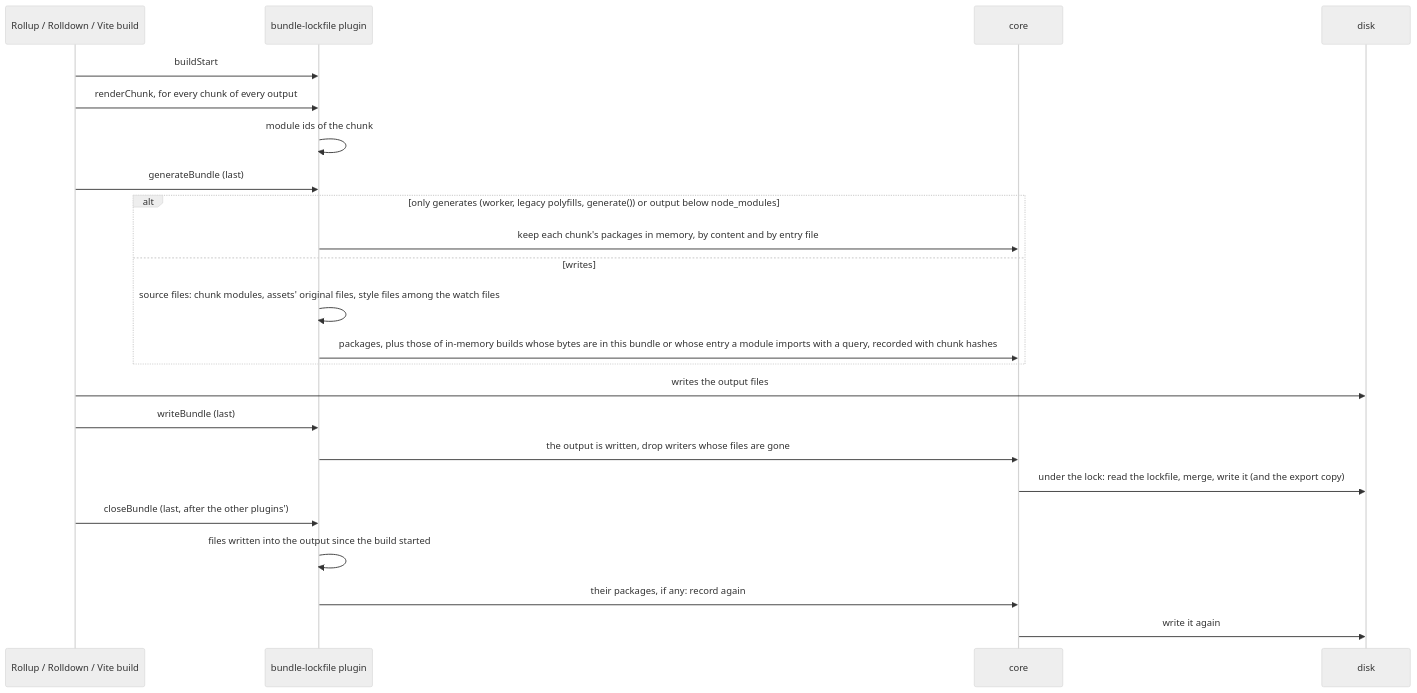
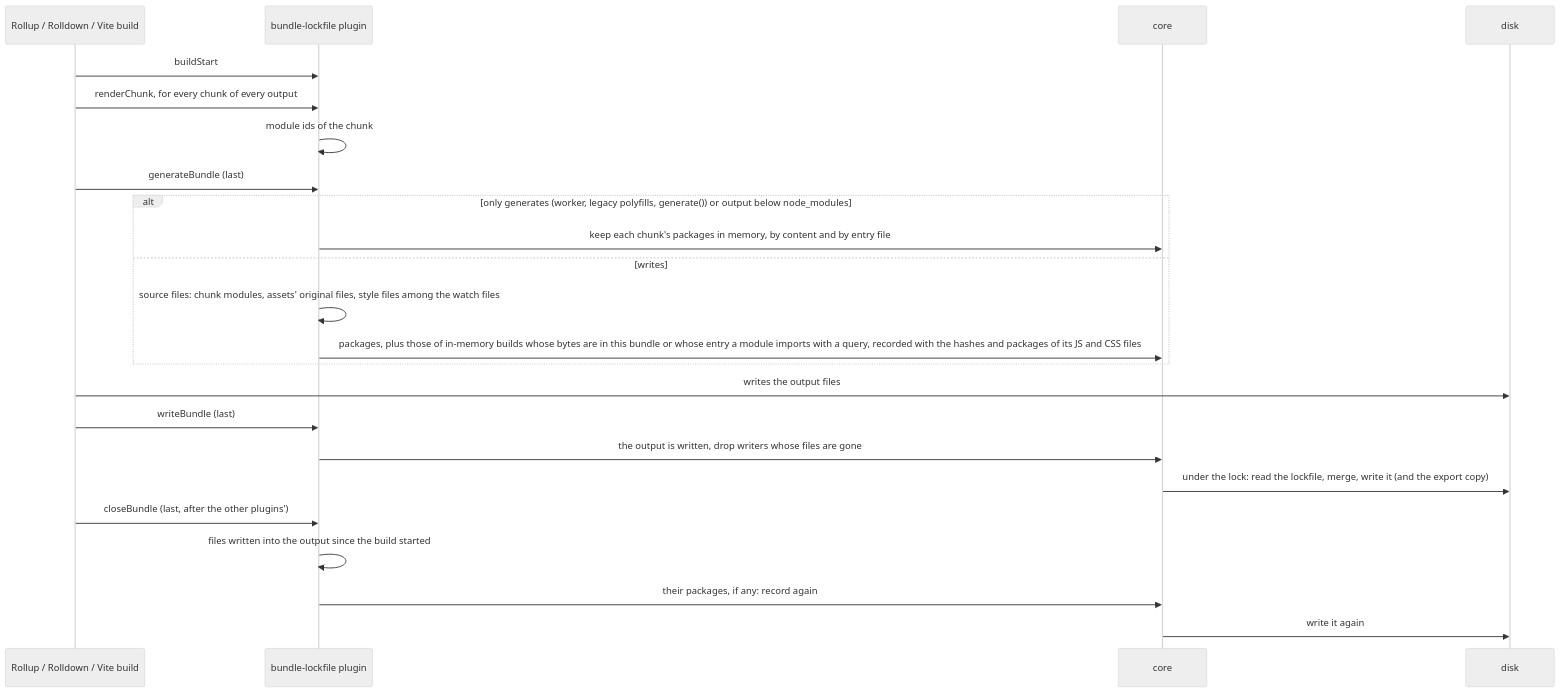
The third of 5 diagrams in README.md (toabctl/bundle-lockfile), drawn with Mermaid (neutral theme) before and after one commit. The commit also changed other lines of this file and 22 other files, not shown here.

````diff
--- a/README.md
+++ b/README.md
@@ -513,25 +518,25 @@
 ```mermaid
 sequenceDiagram
   participant B as Rollup / Rolldown / Vite build
   participant P as bundle-lockfile plugin
   participant C as core
   participant D as disk
   B->>P: buildStart
   B->>P: renderChunk, for every chunk of every output
   P->>P: module ids of the chunk
   B->>P: generateBundle (last)
   alt only generates (worker, legacy polyfills, generate()) or output below node_modules
     P->>C: keep each chunk's packages in memory, by content and by entry file
   else writes
     P->>P: source files: chunk modules, assets' original files, style files among the watch files
-    P->>C: packages, plus those of in-memory builds whose bytes are in this bundle or whose entry a module imports with a query, recorded with chunk hashes
+    P->>C: packages, plus those of in-memory builds whose bytes are in this bundle or whose entry a module imports with a query, recorded with the hashes and packages of its JS and CSS files
   end
   B->>D: writes the output files
   B->>P: writeBundle (last)
   P->>C: the output is written, drop writers whose files are gone
   C->>D: under the lock: read the lockfile, merge, write it (and the export copy)
   B->>P: closeBundle (last, after the other plugins')
   P->>P: files written into the output since the build started
   P->>C: their packages, if any: record again
   C->>D: write it again
 ```
````
